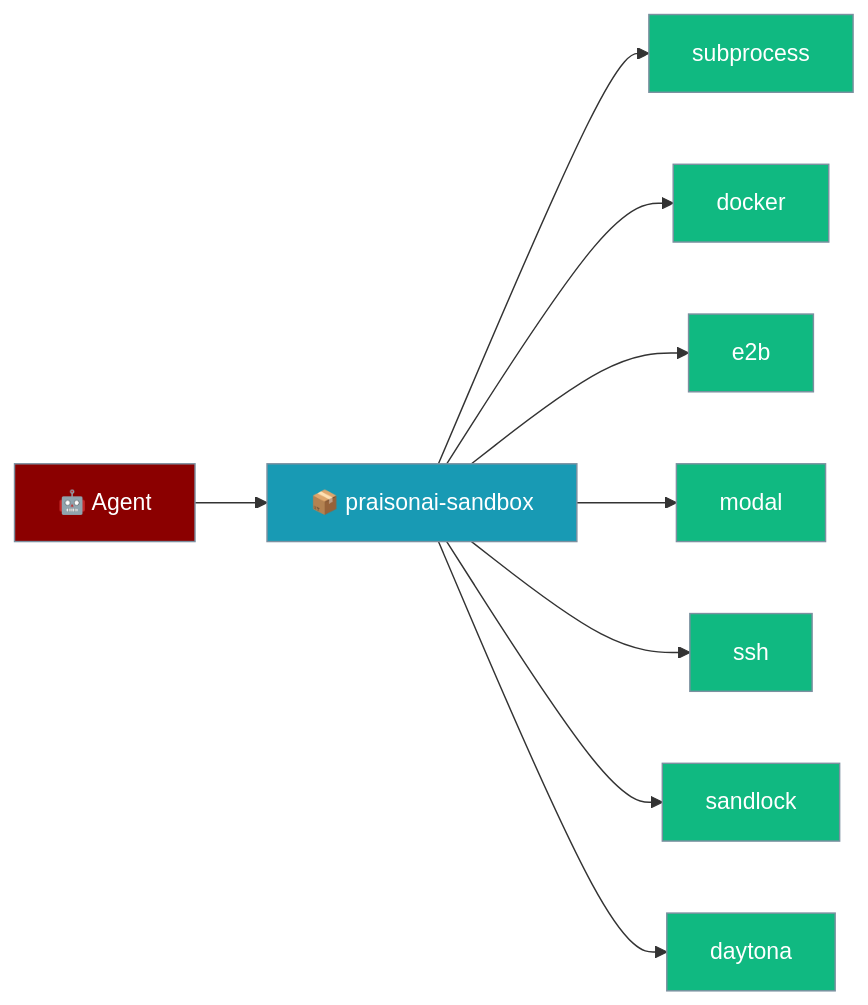
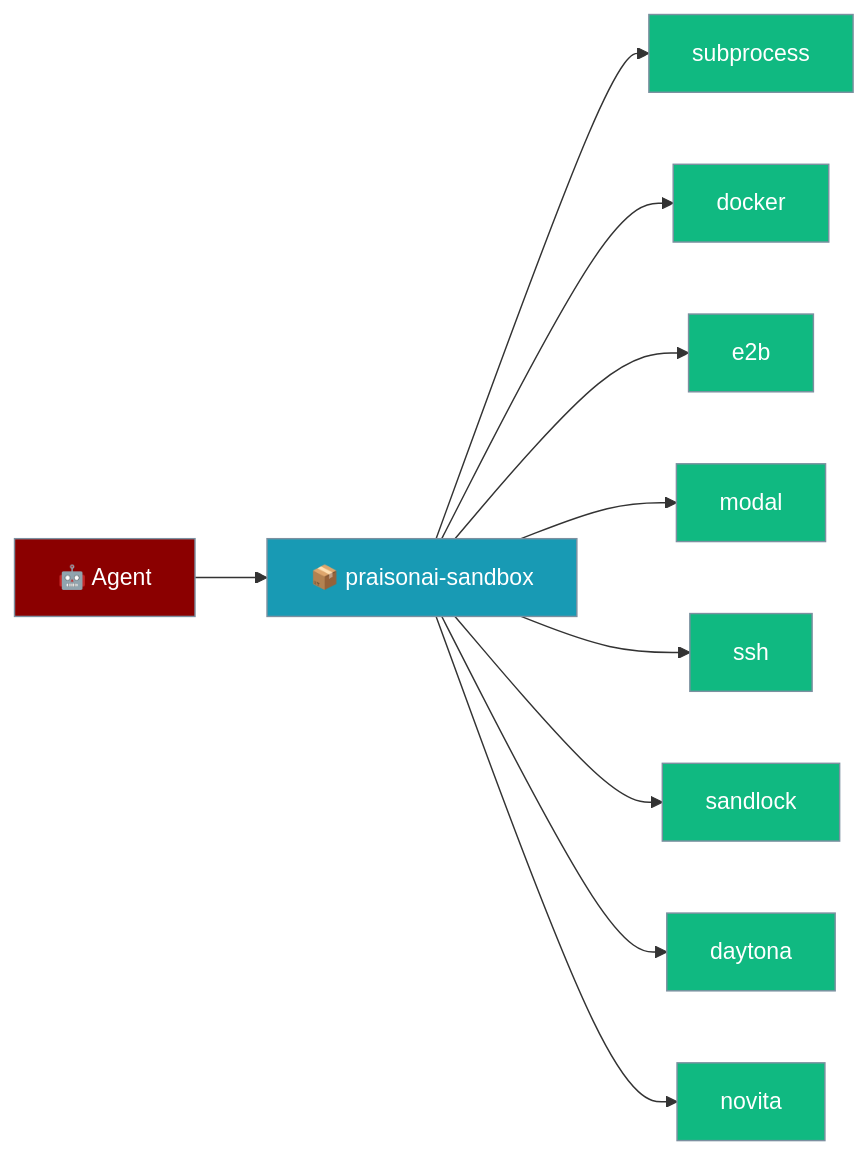
One commit to MervinPraison/PraisonAIDocs changed the first of 4 diagrams in docs/features/praisonai-sandbox-package.mdx. Above: the diagram before and after it, drawn with Mermaid. The commit also changed other lines of this file and 9 other files, not shown here.

Commit message:
docs: add Novita cloud sandbox backend to sandbox pages (fixes #2804)

````diff
--- a/docs/features/praisonai-sandbox-package.mdx
+++ b/docs/features/praisonai-sandbox-package.mdx
@@ -23,19 +23,20 @@
 ```mermaid
 graph LR
     A[🤖 Agent] --> P[📦 praisonai-sandbox]
     P --> S1[subprocess]
     P --> S2[docker]
     P --> S3[e2b]
     P --> S4[modal]
     P --> S5[ssh]
     P --> S6[sandlock]
     P --> S7[daytona]
+    P --> S8[novita]
 
     classDef agent fill:#8B0000,stroke:#7C90A0,color:#fff
     classDef pkg fill:#189AB4,stroke:#7C90A0,color:#fff
     classDef backend fill:#10B981,stroke:#7C90A0,color:#fff
 
     class A agent
     class P pkg
-    class S1,S2,S3,S4,S5,S6,S7 backend
+    class S1,S2,S3,S4,S5,S6,S7,S8 backend
 ```
````
